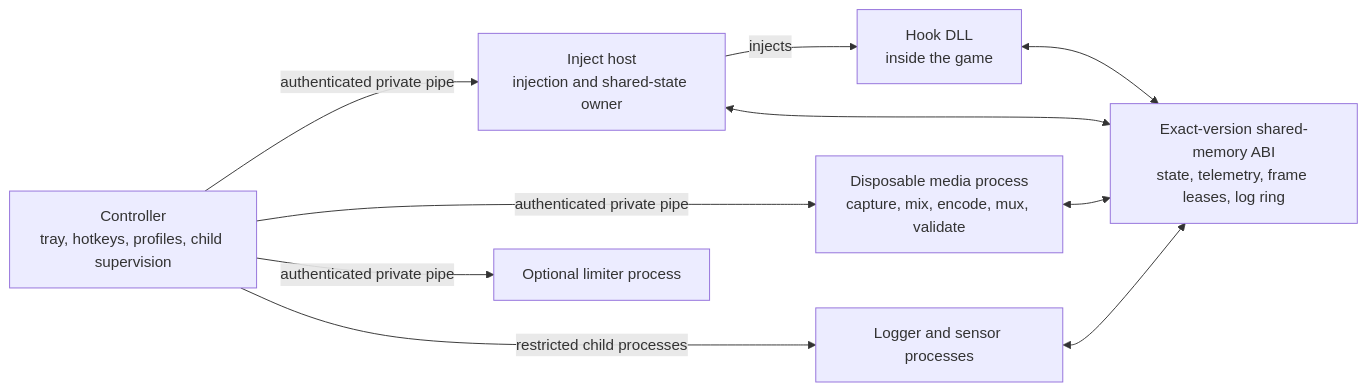
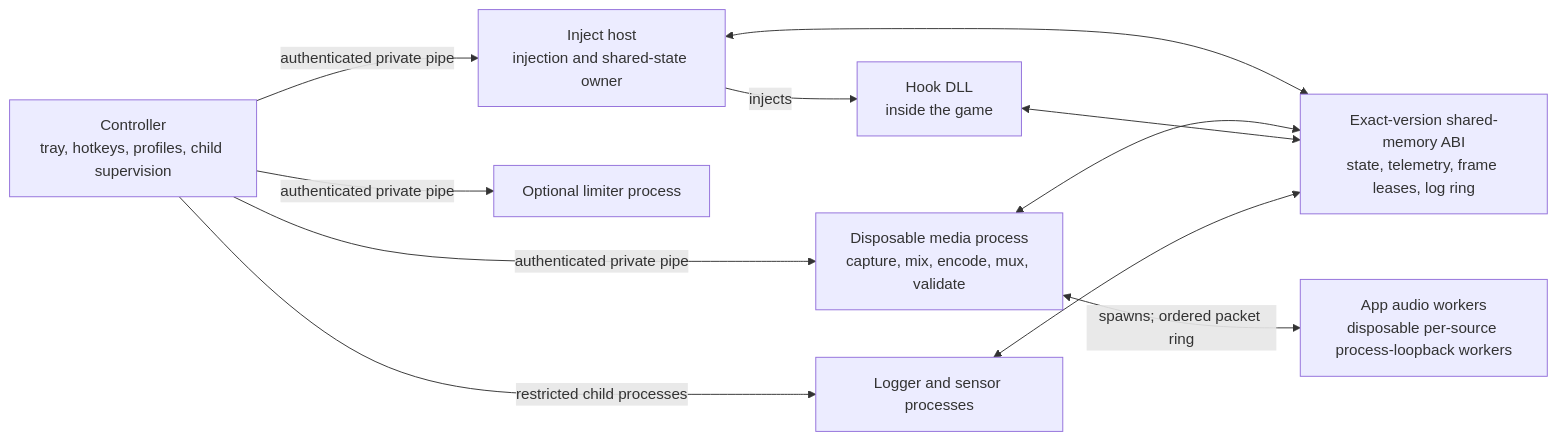
Before and after one commit to aufkrawall/capture-engine: the diagram in README.md, drawn with Mermaid. The commit also changed other lines of this file and 1 other file, not shown here.

Commit message:
docs: document classic D3D9 capture performance, DXVK recommendation, and app audio workers

````diff
--- a/README.md
+++ b/README.md
@@ -82,20 +82,22 @@
 ```mermaid
 flowchart LR
     Controller["Controller<br/>tray, hotkeys, profiles, child supervision"]
     Inject["Inject host<br/>injection and shared-state owner"]
     Media["Disposable media process<br/>capture, mix, encode, mux, validate"]
     Limiter["Optional limiter process"]
     Aux["Logger and sensor processes"]
+    AppAudio["App audio workers<br/>disposable per-source process-loopback workers"]
     Hook["Hook DLL<br/>inside the game"]
     Shared["Exact-version shared-memory ABI<br/>state, telemetry, frame leases, log ring"]
 
     Controller -->|"authenticated private pipe"| Inject
     Controller -->|"authenticated private pipe"| Media
     Controller -->|"authenticated private pipe"| Limiter
     Controller -->|"restricted child processes"| Aux
+    Media <-->|"spawns; ordered packet ring"| AppAudio
     Inject -->|"injects"| Hook
     Inject <--> Shared
     Media <--> Shared
     Hook <--> Shared
     Aux <--> Shared
 ```
````
